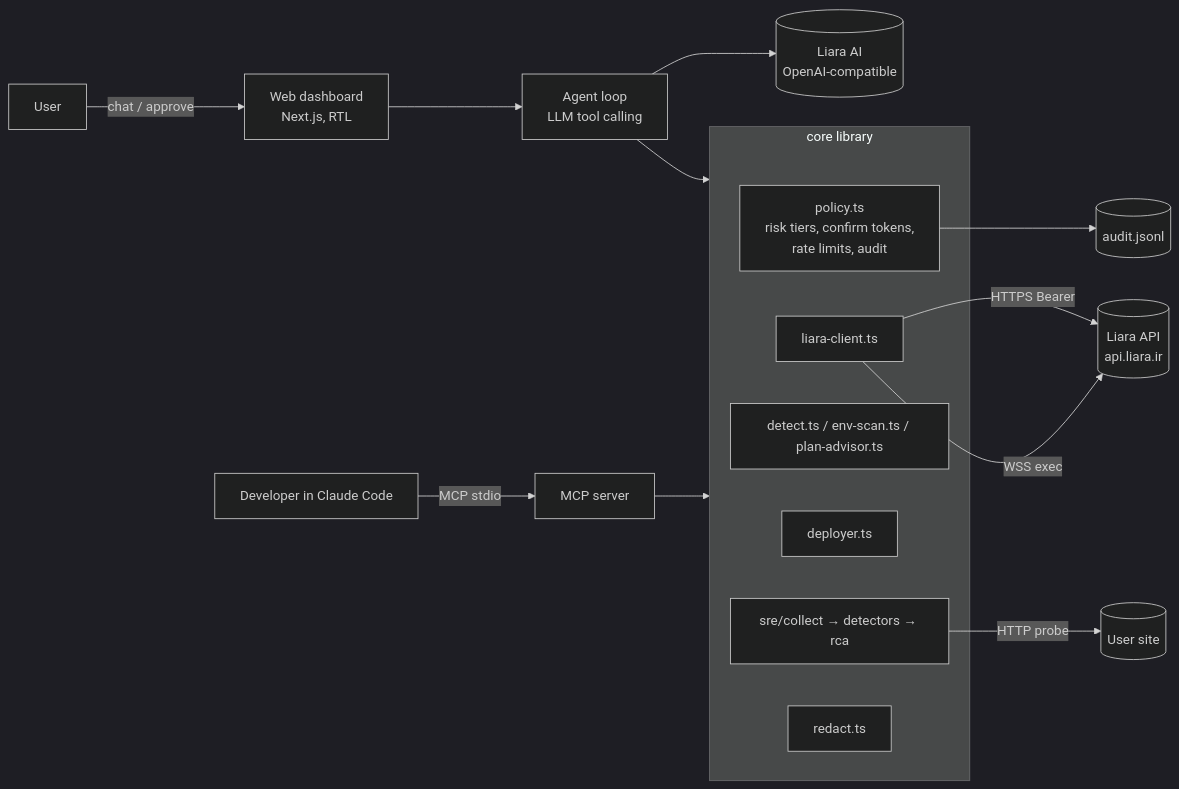
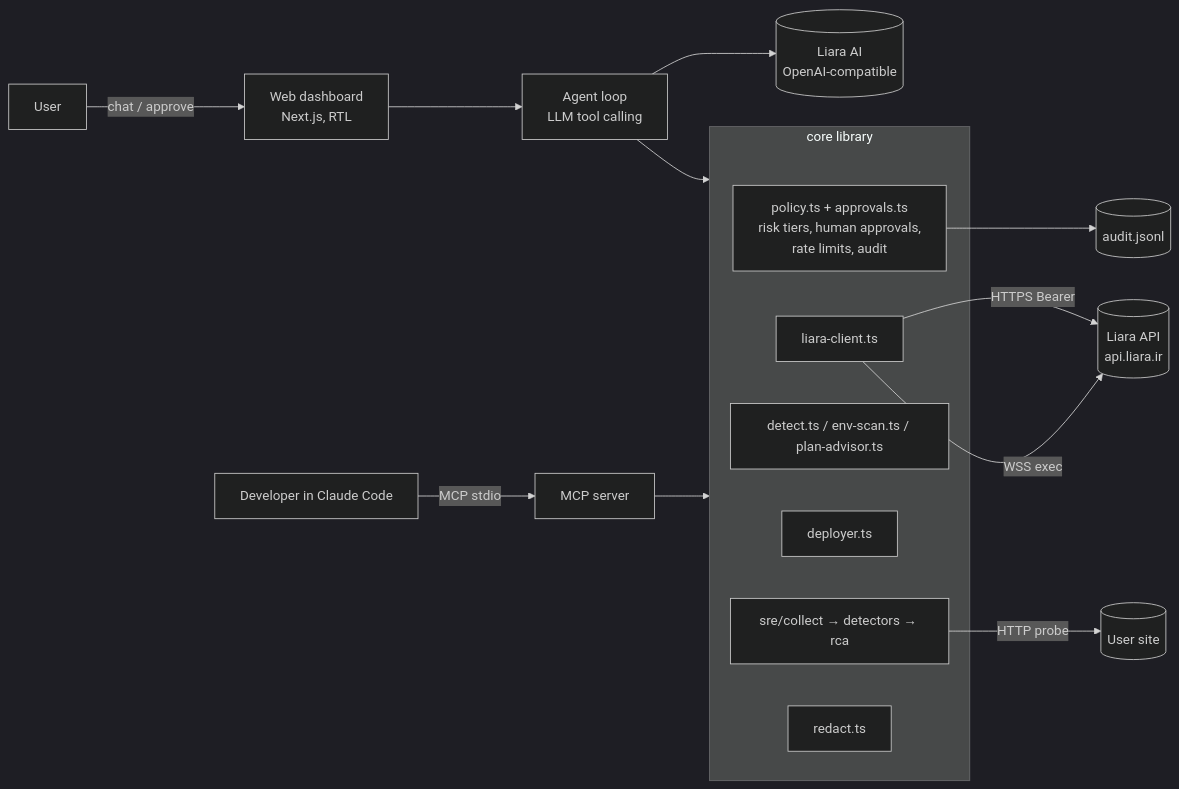
One commit to fordi1/hamyar changed the first of 2 diagrams in docs/TECHNICAL.md. Above: the diagram before and after it, drawn with Mermaid (dark theme). The commit also changed other lines of this file and 30 other files, not shown here.

First line of the commit message:
Phase 1: human-only approvals, verified deploys, dashboard hardening

````diff
--- a/docs/TECHNICAL.md
+++ b/docs/TECHNICAL.md
@@ -50,21 +50,21 @@
 ```mermaid
 flowchart LR
   U[User] -->|chat / approve| WEB[Web dashboard<br/>Next.js, RTL]
   DEV[Developer in Claude Code] -->|MCP stdio| MCP[MCP server]
   WEB --> AG[Agent loop<br/>LLM tool calling]
   AG --> LLM[(Liara AI<br/>OpenAI-compatible)]
   AG --> CORE
   MCP --> CORE
   subgraph CORE[core library]
-    POL[policy.ts<br/>risk tiers, confirm tokens,<br/>rate limits, audit]
+    POL[policy.ts + approvals.ts<br/>risk tiers, human approvals,<br/>rate limits, audit]
     CL[liara-client.ts]
     DET[detect.ts / env-scan.ts / plan-advisor.ts]
     DEP[deployer.ts]
     SRE[sre/collect → detectors → rca]
     RED[redact.ts]
   end
   CL -->|HTTPS Bearer| API[(Liara API<br/>api.liara.ir)]
   CL -->|WSS exec| API
   SRE -->|HTTP probe| SITE[(User site)]
   POL --> AUD[(audit.jsonl)]
 ```
````
